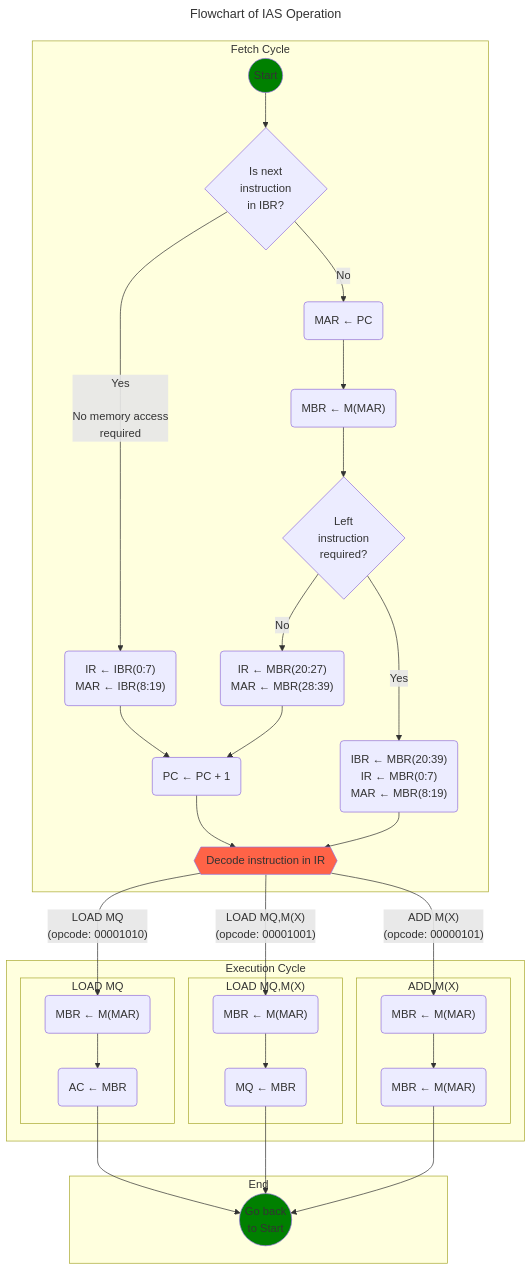
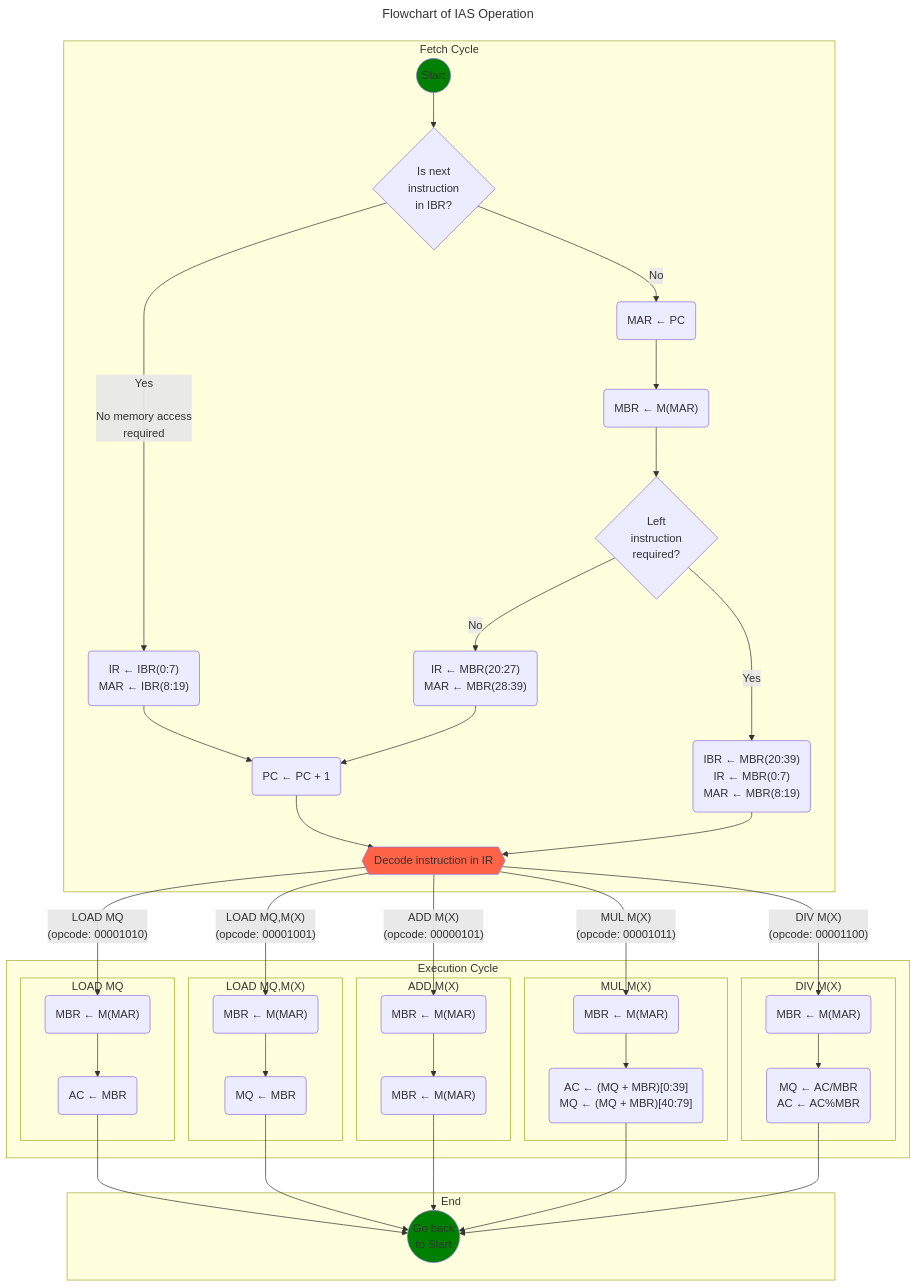
One commit to davidalain/ias_computer changed the diagram in README.md. Above: the diagram before and after it, drawn with Mermaid.

Commit message:
Instruções MUL M(X) e DIV M(X)

```diff
--- a/README.md
+++ b/README.md
@@ -62,6 +62,26 @@
         DECODE --> |"ADD M(X)
         (opcode: 00000101)"| ADD_MX__A --> ADD_MX__B
     end
+    
+    subgraph "MUL M(X)"
+    MUL_MX_A("MBR ← M(MAR)")
+    MUL_MX_B("AC ← (MQ + MBR)[0:39]
+    MQ ← (MQ + MBR)[40:79]")
+
+    DECODE --> |"MUL M(X)
+    (opcode: 00001011)"|MUL_MX_A
+    MUL_MX_A --> MUL_MX_B
+    end
+
+    subgraph "DIV M(X)"
+    DIV_MX_A("MBR ← M(MAR)")
+    DIV_MX_B("MQ ← AC/MBR
+    AC ← AC%MBR")
+
+    DECODE --> |"DIV M(X)
+    (opcode: 00001100)"|DIV_MX_A
+    DIV_MX_A --> DIV_MX_B
+    end
 end
 
 subgraph "End"
@@ -71,6 +91,8 @@
     LOAD_MQ__B --> END
     LOAD_MQ_MX__B --> END
     ADD_MX__B --> END
+    MUL_MX_B --> END
+    DIV_MX_B --> END
 end
 
 classDef greenClass fill:#008000
```
